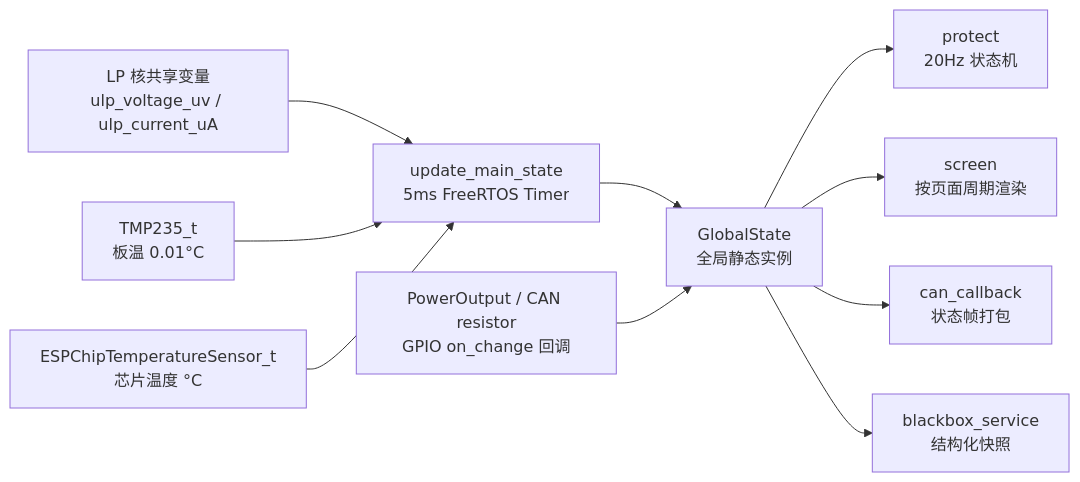
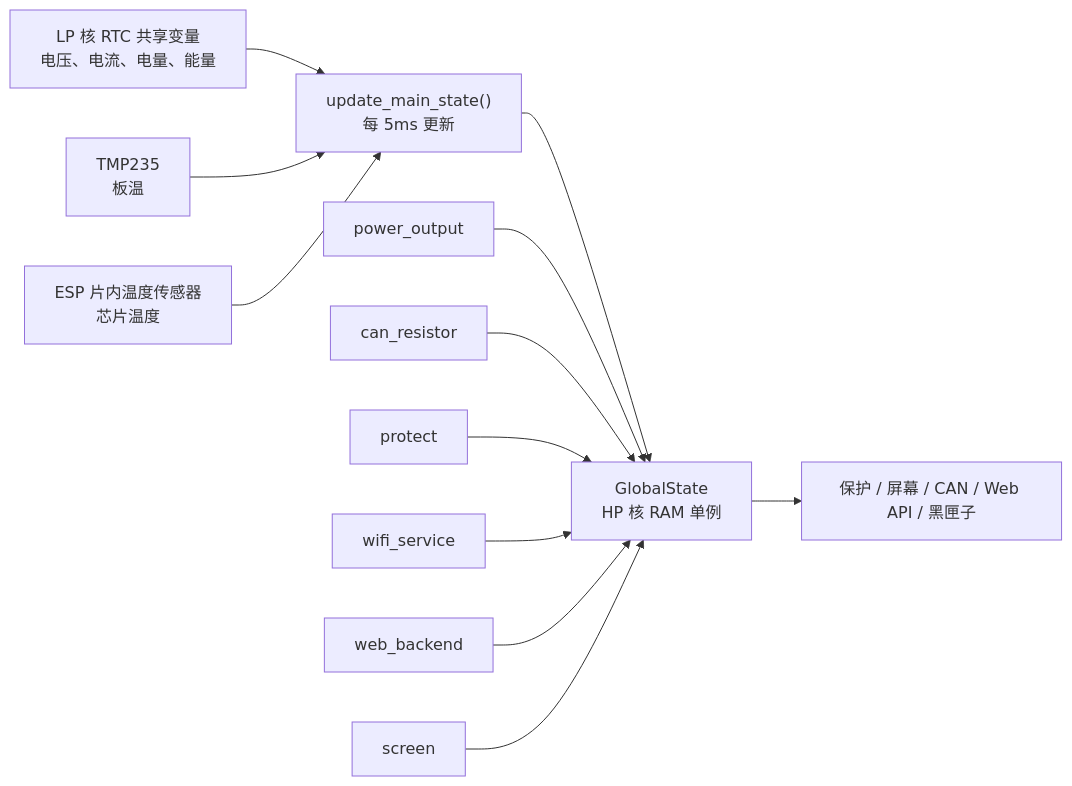
The first of 2 diagrams in components/app/global_state/README.md (qingmeijiupiao/Wireless_power_meter_lite), drawn with Mermaid before and after one commit. The commit also changed other lines of this file and 7 other files, not shown here.

````diff
--- a/components/app/global_state/README.md
+++ b/components/app/global_state/README.md
@@ -14,13 +16,15 @@
 ```mermaid
 flowchart LR
-    ULP["LP 核共享变量<br/>ulp_voltage_uv / ulp_current_uA"] --> Timer["update_main_state<br/>5ms FreeRTOS Timer"]
-    TMP["TMP235_t<br/>板温 0.01°C"] --> Timer
-    CHIP["ESPChipTemperatureSensor_t<br/>芯片温度 °C"] --> Timer
-    Timer --> GS["GlobalState<br/>全局静态实例"]
+    ULP["LP 核 RTC 共享变量<br/>电压、电流、电量、能量"] --> Timer["update_main_state()<br/>每 5ms 更新"]
+    TMP["TMP235<br/>板温"] --> Timer
+    CHIP["ESP 片内温度传感器<br/>芯片温度"] --> Timer
+    Timer --> GS["GlobalState<br/>HP 核 RAM 单例"]
 
-    GS --> Protect["protect<br/>20Hz 状态机"]
-    GS --> Screen["screen<br/>按页面周期渲染"]
-    GS --> CAN["can_callback<br/>状态帧打包"]
-    GS --> BlackBox["blackbox_service<br/>结构化快照"]
-    Power["PowerOutput / CAN resistor<br/>GPIO on_change 回调"] --> GS
+    Output["power_output"] --> GS
+    Resistor["can_resistor"] --> GS
+    Protect["protect"] --> GS
+    WiFi["wifi_service"] --> GS
+    Web["web_backend"] --> GS
+    ScreenInit["screen"] --> GS
+    GS --> Consumers["保护 / 屏幕 / CAN / Web API / 黑匣子"]
 ```
````
